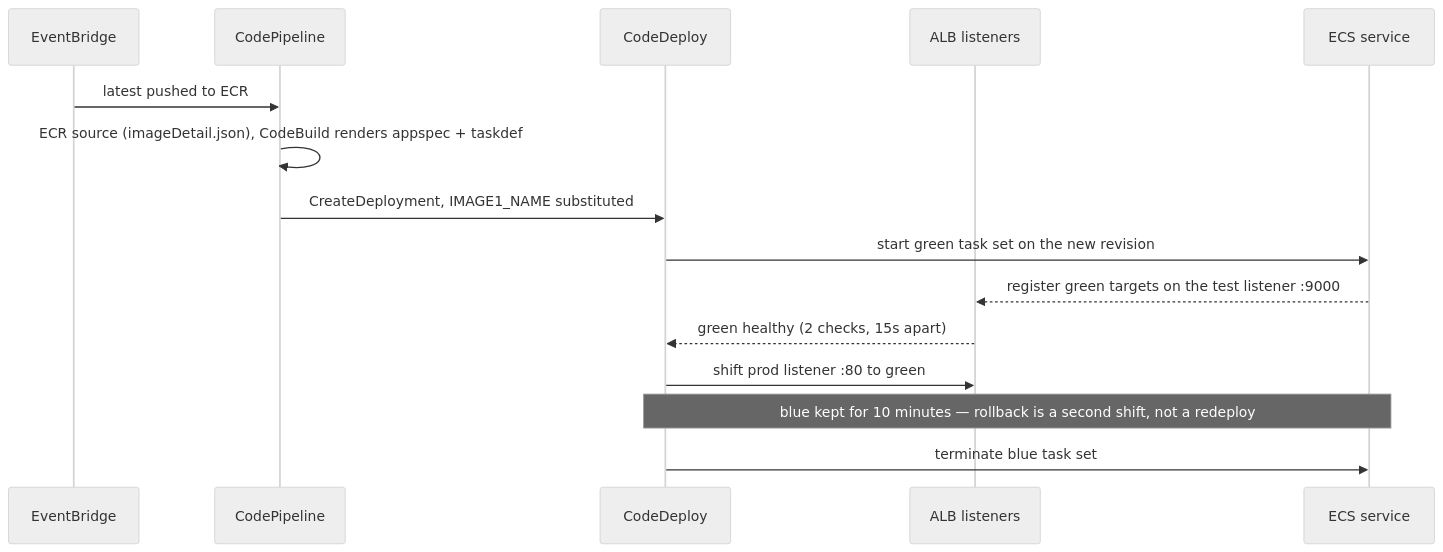
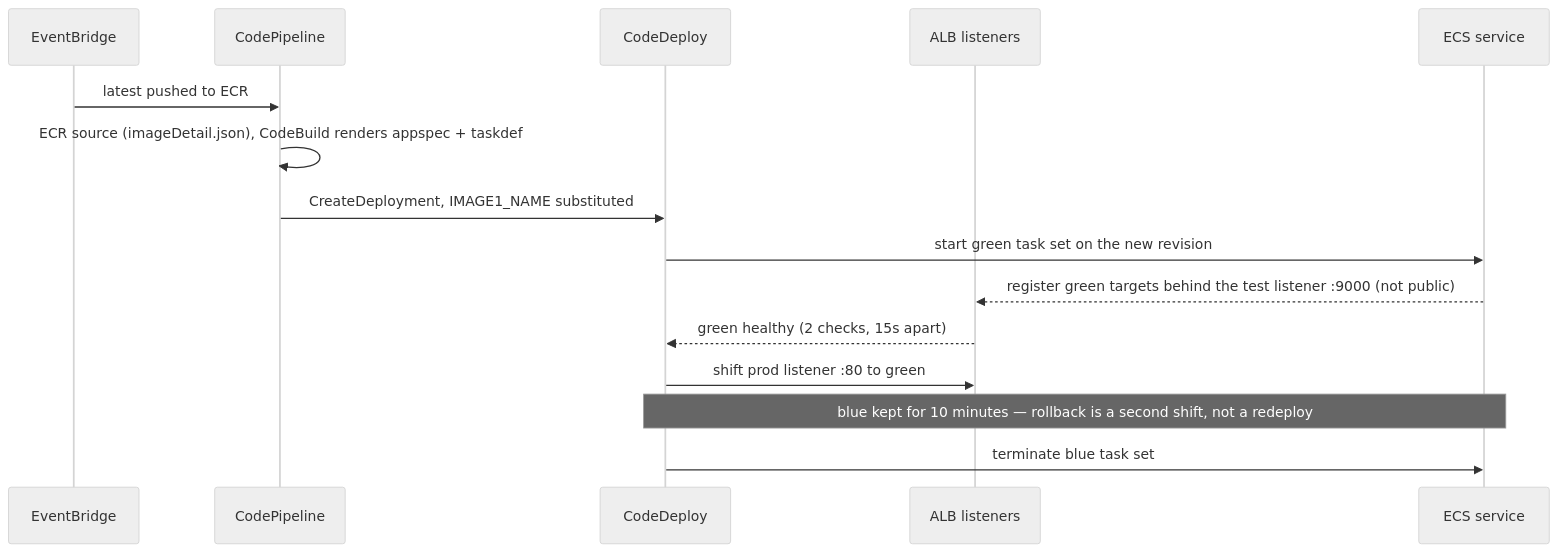
Before and after one commit to 1MuhireDavid/todo-app-infra: the third of 3 diagrams in docs/architecture.md, drawn with Mermaid (neutral theme). The commit also changed other lines of this file and 4 other files, not shown here.

First line of the commit message:
Declare ingress only and close the public test listener

````diff
--- a/docs/architecture.md
+++ b/docs/architecture.md
@@ -122,18 +122,18 @@
 ```mermaid
 sequenceDiagram
     participant EB as EventBridge
     participant CP as CodePipeline
     participant CD as CodeDeploy
     participant ALB as ALB listeners
     participant ECS as ECS service
 
     EB->>CP: latest pushed to ECR
     CP->>CP: ECR source (imageDetail.json), CodeBuild renders appspec + taskdef
     CP->>CD: CreateDeployment, IMAGE1_NAME substituted
     CD->>ECS: start green task set on the new revision
-    ECS-->>ALB: register green targets on the test listener :9000
+    ECS-->>ALB: register green targets behind the test listener :9000 (not public)
     ALB-->>CD: green healthy (2 checks, 15s apart)
     CD->>ALB: shift prod listener :80 to green
     Note over CD,ECS: blue kept for 10 minutes — rollback is a second shift, not a redeploy
     CD->>ECS: terminate blue task set
 ```
````
